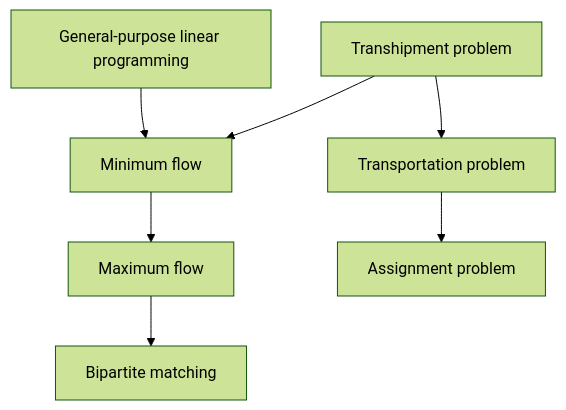
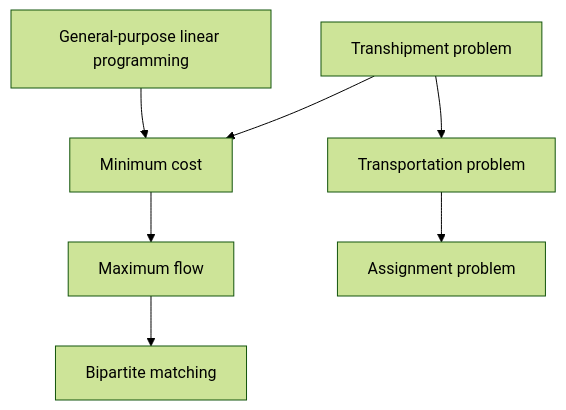
Before and after one commit to miyatama/erlang_algorithms: the third of 4 diagrams in README.md, drawn with Mermaid (forest theme). The commit also changed other lines of this file and 2 other files, not shown here.

Commit message:
add minimum cost

````diff
--- a/README.md
+++ b/README.md
@@ -1602,10 +1602,10 @@
 ```mermaid
 graph TB;
 
-alg1[General-purpose linear programming]-->alg2[Minimum flow]
+alg1[General-purpose linear programming]-->alg2[Minimum cost]
 alg3[Transhipment problem]-->alg2
 alg2-->alg4[Maximum flow]
 alg4-->alg5[Bipartite matching]
 alg3-->alg6[Transportation problem]
 alg6-->alg7[Assignment problem]
 ```
````
